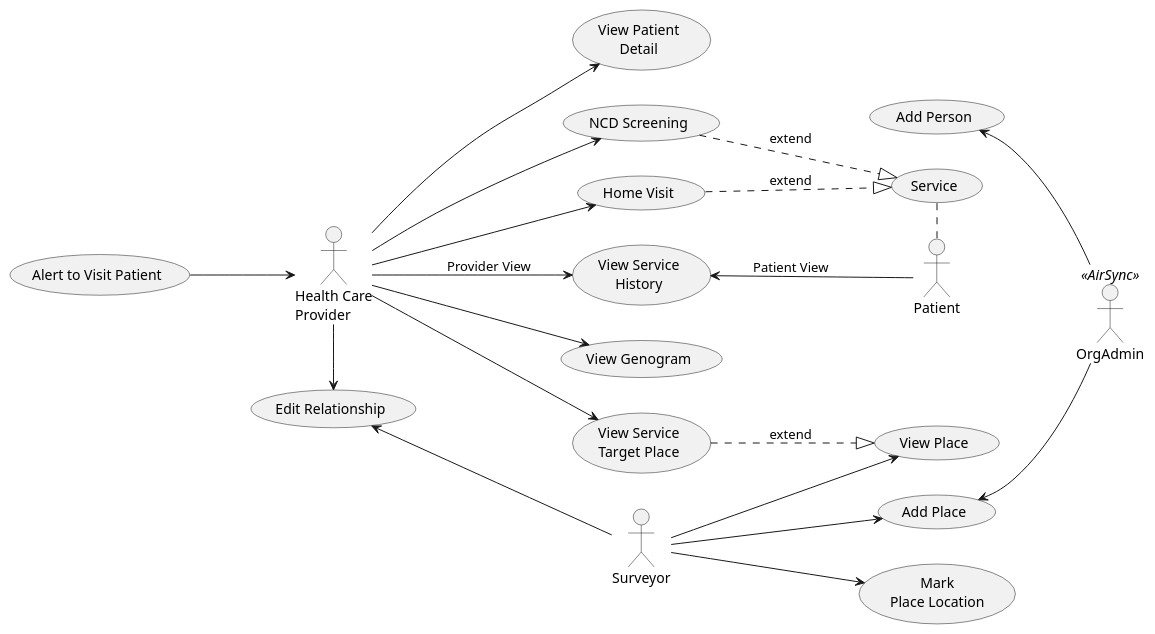
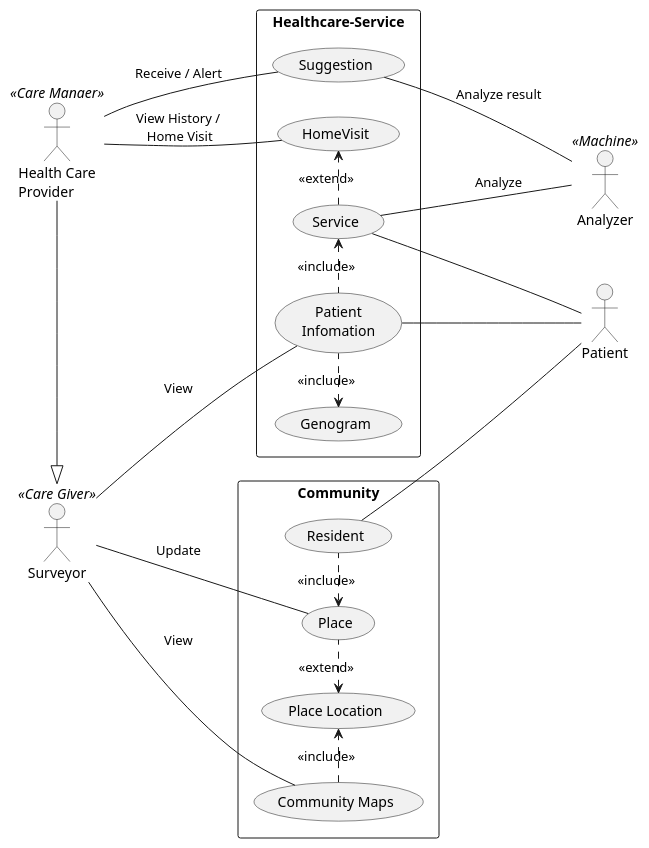
The diagram in uml/usecase.plantuml (ffc-nectec/entities), drawn with PlantUML before and after one commit.

Commit message:
Simpler Use Case Diagram

```diff
--- a/uml/usecase.plantuml
+++ b/uml/usecase.plantuml
@@ -1,39 +1,34 @@
 @startuml
 left to right direction
 skinparam monochrome true
 
-actor :Health Care\nProvider: as Provider
-actor Surveyor
-actor OrgAdmin <<AirSync>> as Admin
+actor :Health Care\nProvider: as Provider <<Care Manaer>>
+actor Surveyor <<Care Giver>>
 actor Patient
+actor Analyzer <<Machine>> as AI
 
-usecase (View Service\nHistory) as ServiceHist
+Provider -right--|> Surveyor
 
-Provider --> ServiceHist : Provider View
-ServiceHist <-- Patient : Patient View
-Provider --> (Home Visit)
-Provider --> (NCD Screening)
-Provider --> (View Genogram)
+rectangle Healthcare-Service {
+    Provider -- (HomeVisit) : View History /\n Home Visit
+    (Service) .> (HomeVisit) : <<extend>>
+    (Service) -- Patient
+    (Service) -- AI : Analyze
+    (Service) <. (Patient\nInfomation) : <<include>>
+    (Genogram) <. (Patient\nInfomation) : <<include>>
+    (Patient\nInfomation) -- Patient
+    (Suggestion) -- AI : Analyze result
+    Provider -- (Suggestion) : Receive / Alert
+    Surveyor --  (Patient\nInfomation) : View
+}
 
-(Home Visit) ..|> (Service) : extend
-(NCD Screening) ..|> (Service) : extend
-(Service) . Patient
-usecase (View Place) as VP
-usecase (View Service\nTarget Place) as VTP
-
-VTP ..|> VP : extend
-Provider --> VTP
-Provider --> (View Patient\nDetail)
-(Alert to Visit Patient) --> Provider
-Provider -> (Edit Relationship)
-
-(Edit Relationship) <-- Surveyor
-Surveyor --> VP
-Surveyor --> (Add Place)
-Surveyor --> (Mark\nPlace Location)
-
-
-(Add Place) <-- Admin
-(Add Person) <-- Admin
+rectangle Community {
+    Surveyor -- (Place) : Update
+    (Place) <. (Resident): <<include>>
+    (Place Location) <. (Place) : <<extend>>
+    (Resident) -- (Patient)
+    (Community Maps) .> (Place Location) : <<include>>
+    Surveyor -- (Community Maps) : View
+}
 
 @enduml
```
